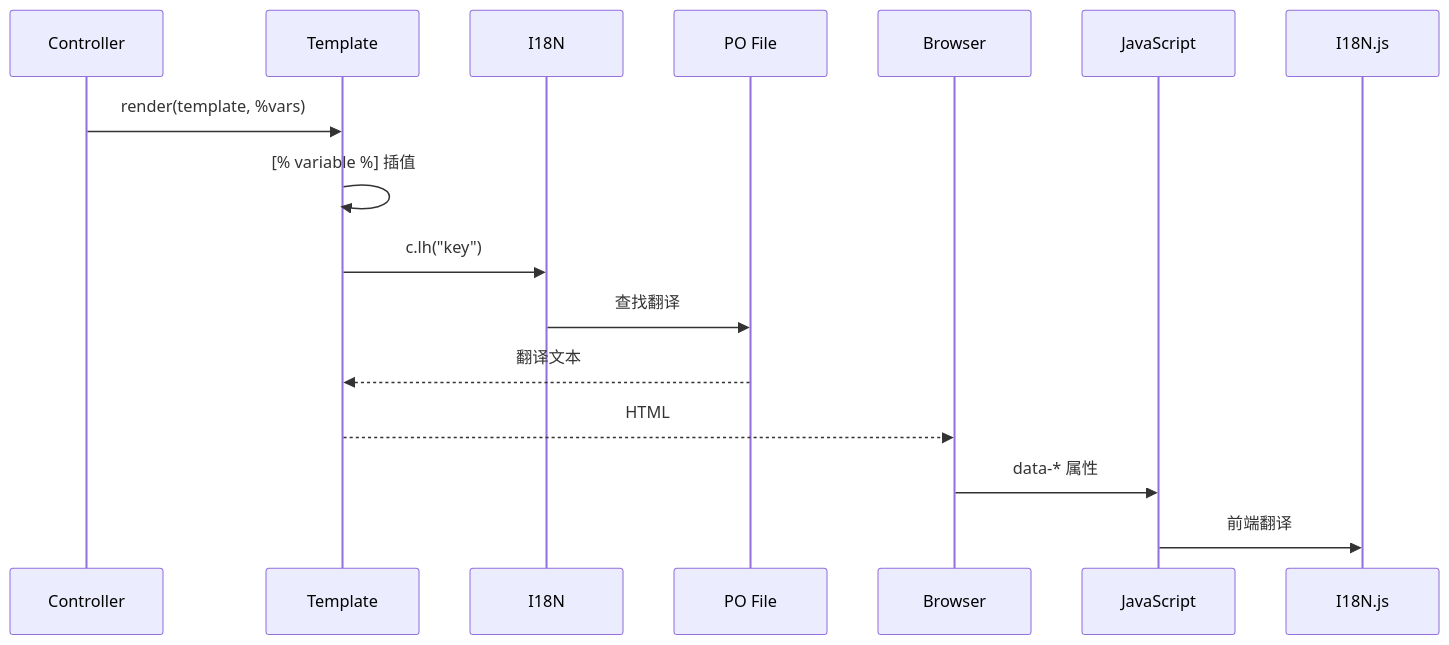
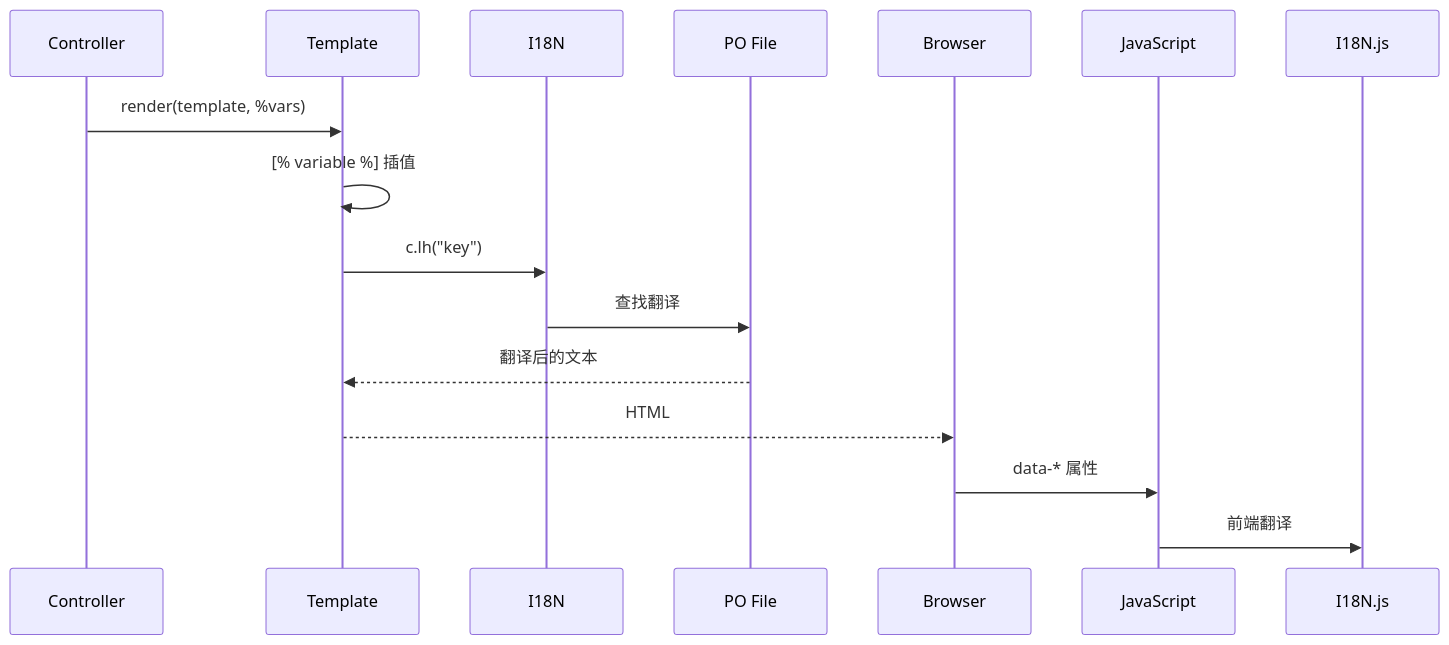
The diagram in docs/zh-CN/07_i18n.md (OborozukiNoYume/LANraragi), drawn with Mermaid before and after one commit. The commit also changed other lines of this file and 17 other files, not shown here.

````diff
--- a/docs/zh-CN/07_i18n.md
+++ b/docs/zh-CN/07_i18n.md
@@ -193,11 +193,11 @@
 ```mermaid
 sequenceDiagram
     Controller->>Template: render(template, %vars)
     Template->>Template: [% variable %] 插值
     Template->>I18N: c.lh("key")
     I18N->>PO File: 查找翻译
-    PO File-->>Template: 翻译文本
+    PO File-->>Template: 翻译后的文本
     Template-->>Browser: HTML
     Browser->>JavaScript: data-* 属性
     JavaScript->>I18N.js: 前端翻译
 ```
````
